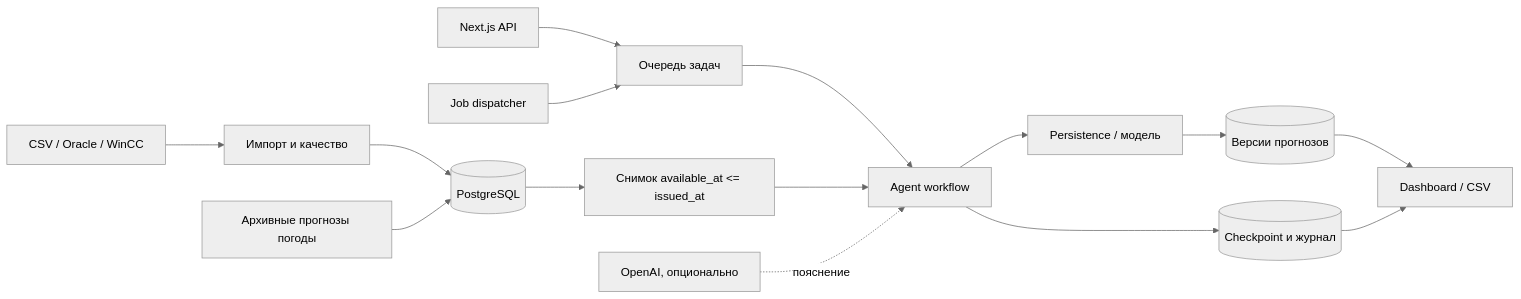
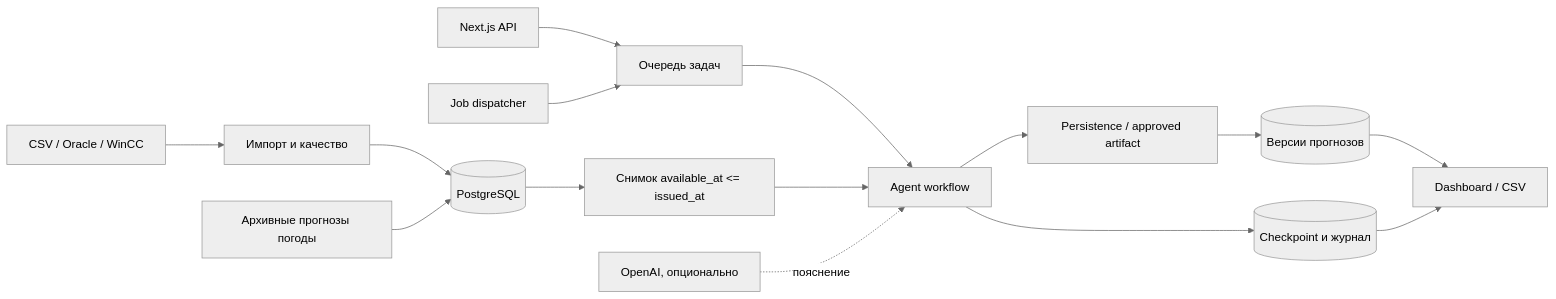
The diagram in README.md (BAITC-Hacks/hack-8e4ccf84-terra), drawn with Mermaid (neutral theme) before and after one commit. The commit also changed other lines of this file, not shown here.

````diff
--- a/README.md
+++ b/README.md
@@ -87,17 +108,17 @@
 ```mermaid
 flowchart LR
     CSV[CSV / Oracle / WinCC] --> INGEST[Импорт и качество]
     INGEST --> DB[(PostgreSQL)]
     WEATHER[Архивные прогнозы погоды] --> DB
     API[Next.js API] --> JOBS[Очередь задач]
     DISPATCHER[Job dispatcher] --> JOBS
     JOBS --> AGENT[Agent workflow]
     DB --> SNAPSHOT[Снимок available_at <= issued_at]
     SNAPSHOT --> AGENT
-    AGENT --> MODEL[Persistence / модель]
+    AGENT --> MODEL[Persistence / approved artifact]
     MODEL --> FORECAST[(Версии прогнозов)]
     AGENT --> JOURNAL[(Checkpoint и журнал)]
     FORECAST --> UI[Dashboard / CSV]
     JOURNAL --> UI
     LLM[OpenAI, опционально] -. пояснение .-> AGENT
 ```
````
